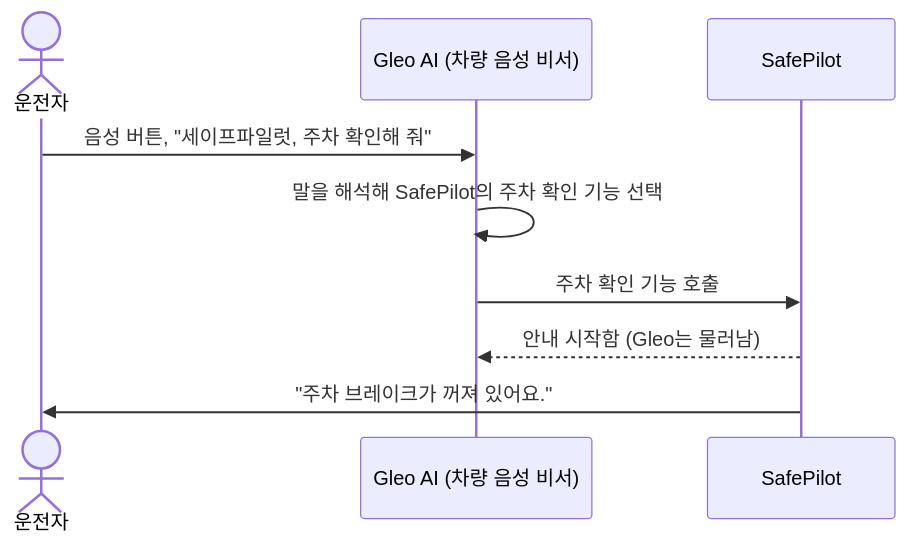
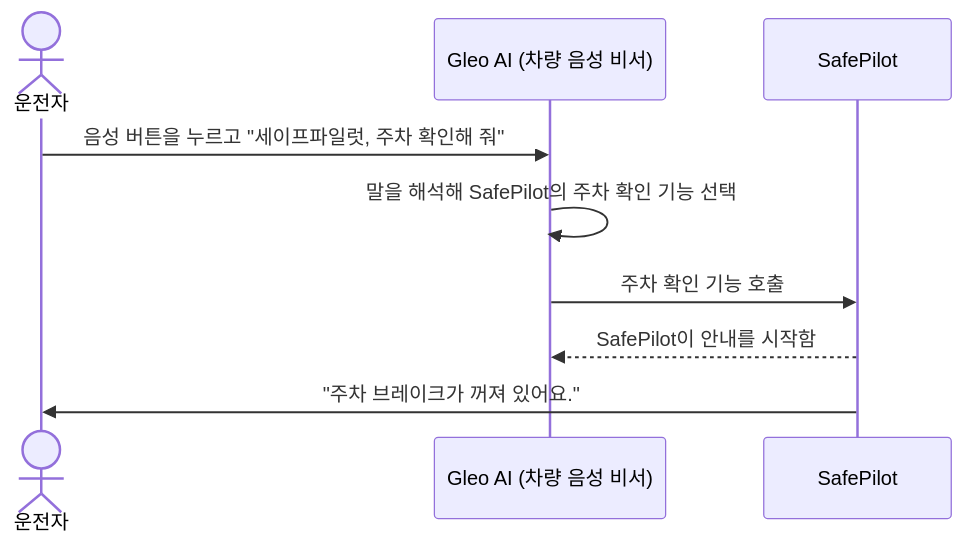
The diagram in proposal/diagrams/02_gleo_call.mmd (rex-next-labs/SafePilot), drawn with Mermaid before and after one commit. The commit also changed 8 other files, not shown here.

```diff
--- a/proposal/diagrams/02_gleo_call.mmd
+++ b/proposal/diagrams/02_gleo_call.mmd
@@ -1,9 +1,9 @@
 sequenceDiagram
     actor D as 운전자
     participant G as Gleo AI (차량 음성 비서)
     participant S as SafePilot
-    D->>G: 음성 버튼, "세이프파일럿, 주차 확인해 줘"
+    D->>G: 음성 버튼을 누르고 "세이프파일럿, 주차 확인해 줘"
     G->>G: 말을 해석해 SafePilot의 주차 확인 기능 선택
     G->>S: 주차 확인 기능 호출
-    S-->>G: 안내 시작함 (Gleo는 물러남)
+    S-->>G: SafePilot이 안내를 시작함
     S->>D: "주차 브레이크가 꺼져 있어요."
```
